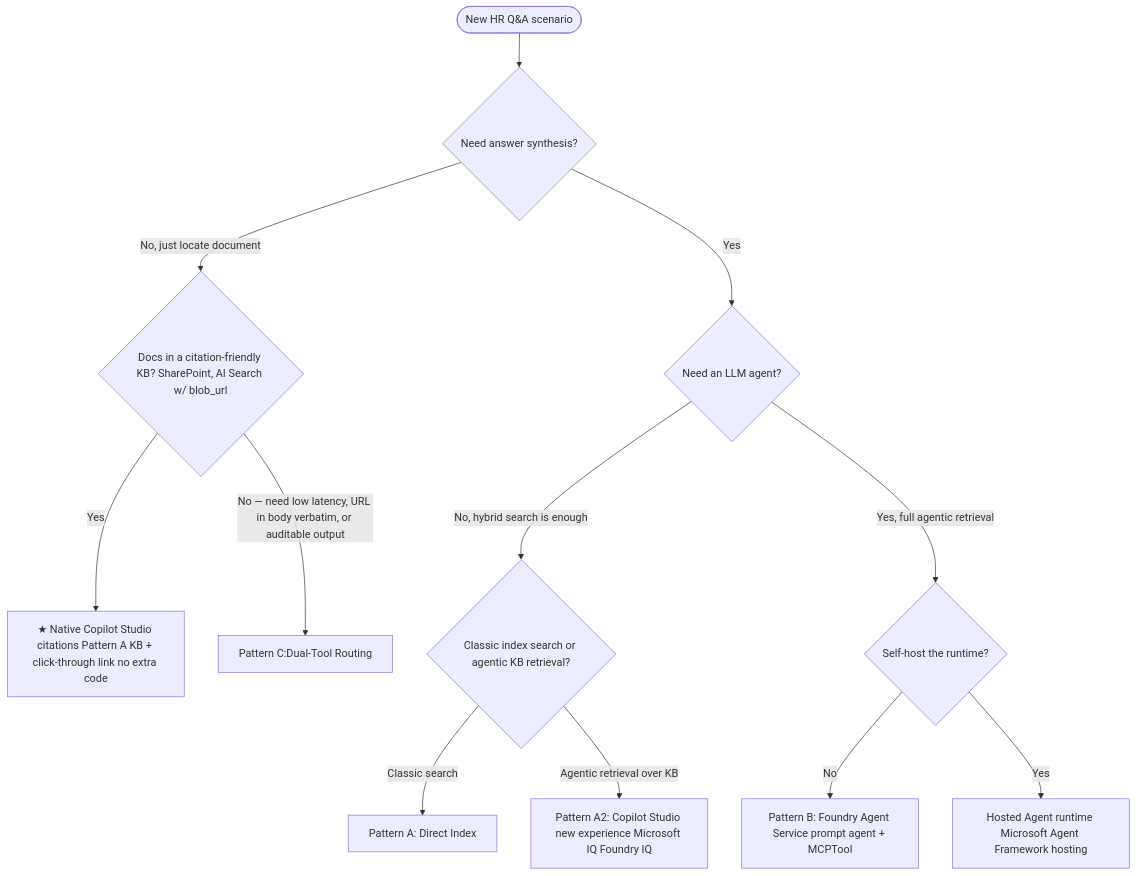
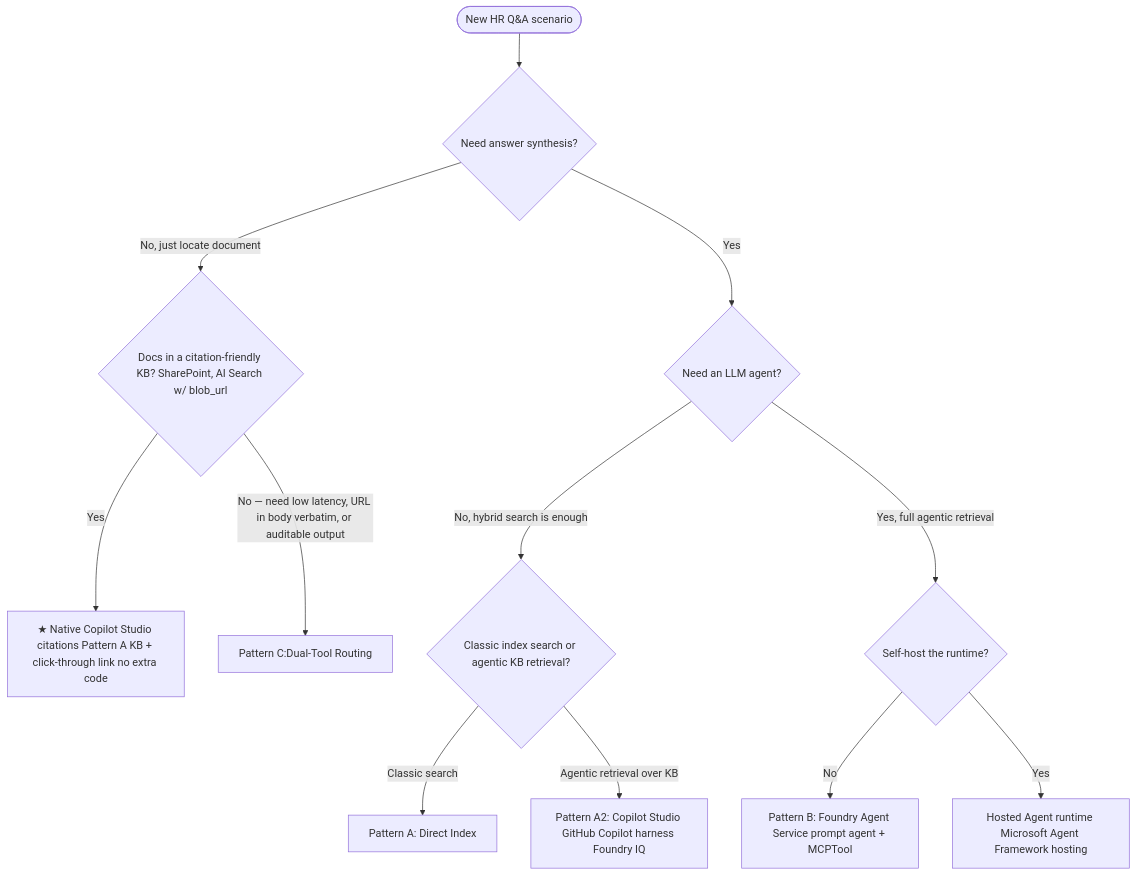
One commit to honestypugh2/foundry-copilot-hr-policy-knowledge changed the diagram in docs/RetrievalPatterns.md. Above: the diagram before and after it, drawn with Mermaid. The commit also changed other lines of this file and 48 other files, not shown here.

````diff
--- a/docs/RetrievalPatterns.md
+++ b/docs/RetrievalPatterns.md
@@ -18,14 +18,14 @@
 ```mermaid
 flowchart TD
     Start([New HR Q&A scenario]) --> Q1{Need answer synthesis?}
     Q1 -- No, just locate document --> QL{Docs in a citation-friendly KB? SharePoint, AI Search w/ blob_url}
     QL -- Yes --> Native[★ Native Copilot Studio citations Pattern A KB + click-through link no extra code]
     QL -- "No — need low latency, URL in body verbatim, or auditable output" --> C[Pattern C:Dual-Tool Routing]
     Q1 -- Yes --> Q2{Need an LLM agent?}
     Q2 -- No, hybrid search is enough --> QK{Classic index search or agentic KB retrieval?}
     QK -- Classic search --> A[Pattern A: Direct Index]
-    QK -- Agentic retrieval over KB --> A2[Pattern A2: Copilot Studio new experience Microsoft IQ Foundry IQ]
+    QK -- Agentic retrieval over KB --> A2[Pattern A2: Copilot Studio GitHub Copilot harness Foundry IQ]
     Q2 -- Yes, full agentic retrieval --> Q3{Self-host the runtime?}
     Q3 -- No --> B[Pattern B: Foundry Agent Service prompt agent + MCPTool ]
     Q3 -- Yes --> H[Hosted Agent runtime Microsoft Agent Framework hosting]
 ```
````
